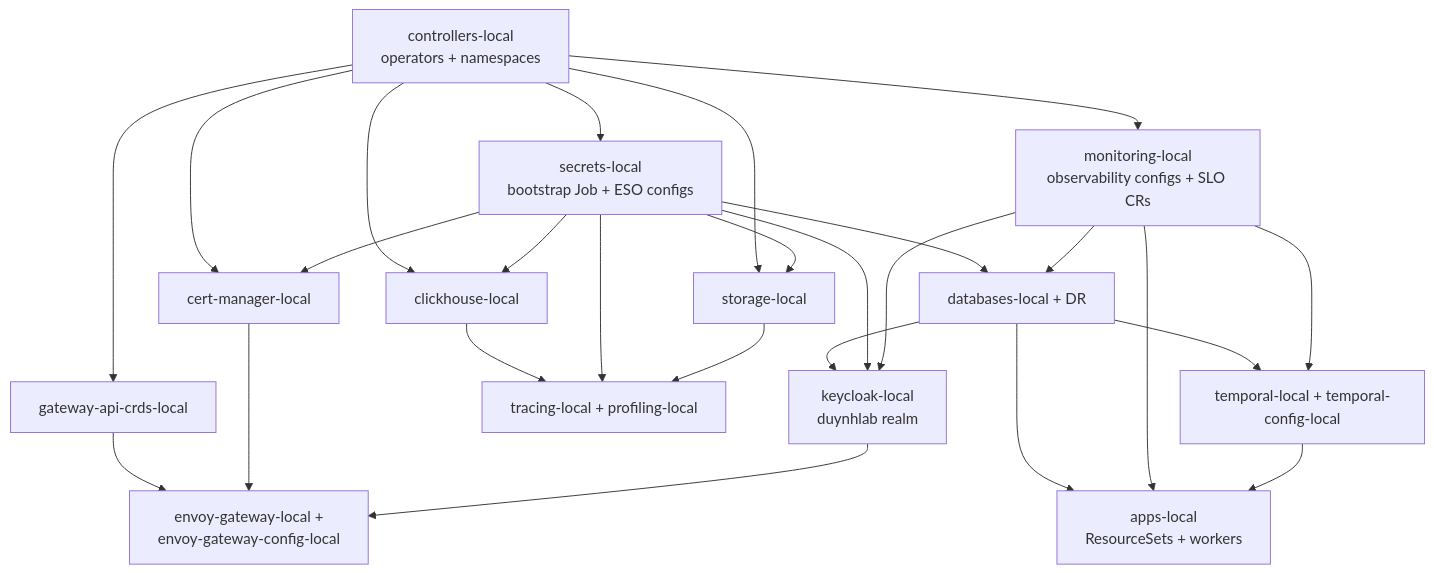
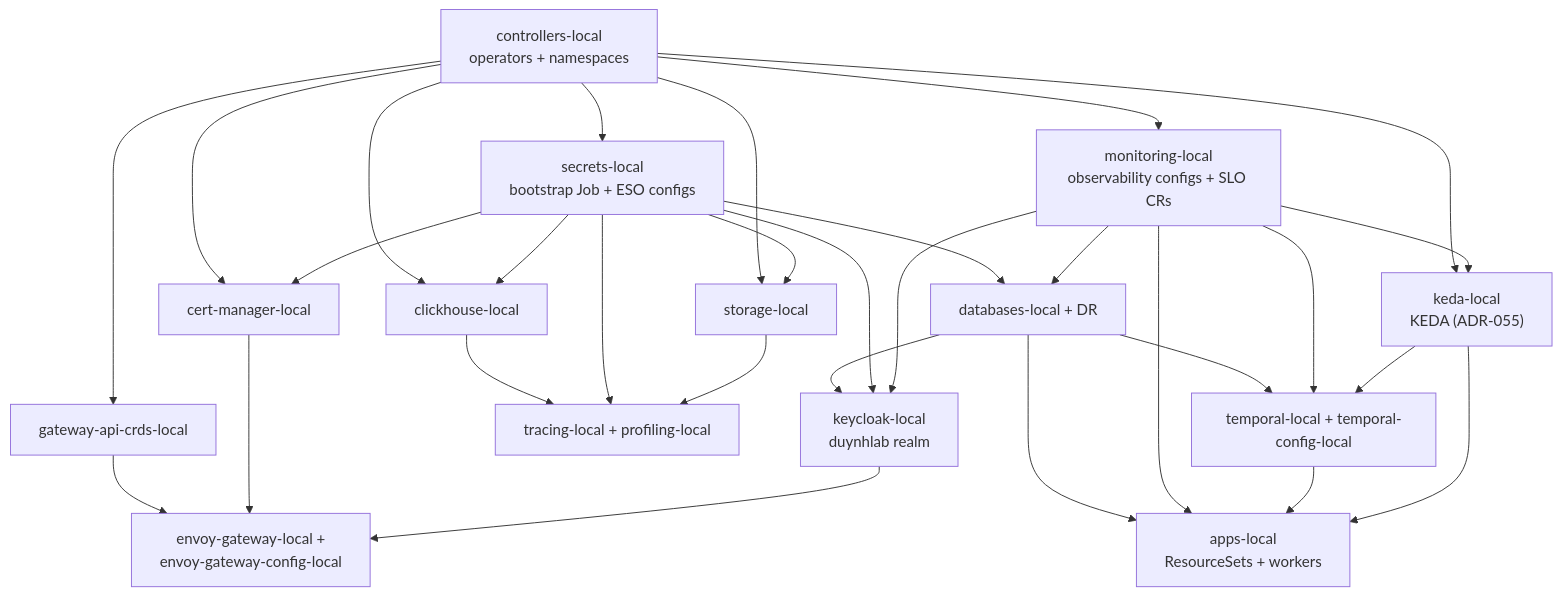
Before and after one commit to duynhlab/homelab: the diagram in docs/platform/README.md, drawn with Mermaid. The commit also changed other lines of this file and 6 other files, not shown here.

````diff
--- a/docs/platform/README.md
+++ b/docs/platform/README.md
@@ -39,42 +39,47 @@
 ```mermaid
 flowchart TD
     controllers["controllers-local<br/>operators + namespaces"]
     secrets["secrets-local<br/>bootstrap Job + ESO configs"]
     certmgr["cert-manager-local"]
     gwcrds["gateway-api-crds-local"]
     keycloak["keycloak-local<br/>duynhlab realm"]
     edge["envoy-gateway-local +<br/>envoy-gateway-config-local"]
     monitoring["monitoring-local<br/>observability configs + SLO CRs"]
     storage["storage-local"]
     clickhouse["clickhouse-local"]
     tracing["tracing-local + profiling-local"]
     databases["databases-local + DR"]
+    keda["keda-local<br/>KEDA (ADR-055)"]
     temporal["temporal-local + temporal-config-local"]
     apps["apps-local<br/>ResourceSets + workers"]
 
     controllers --> secrets
     controllers --> certmgr
     controllers --> monitoring
     secrets --> certmgr
     controllers --> gwcrds
     gwcrds --> edge
     certmgr --> edge
     keycloak --> edge
     databases --> keycloak
     secrets --> keycloak
     monitoring --> keycloak
     controllers --> storage
     secrets --> storage
     controllers --> clickhouse
     secrets --> clickhouse
     clickhouse --> tracing
     secrets --> tracing
     storage --> tracing
     secrets --> databases
     monitoring --> databases
+    controllers --> keda
+    monitoring --> keda
     databases --> temporal
     monitoring --> temporal
+    keda --> temporal
     databases --> apps
     monitoring --> apps
     temporal --> apps
+    keda --> apps
 ```
````
